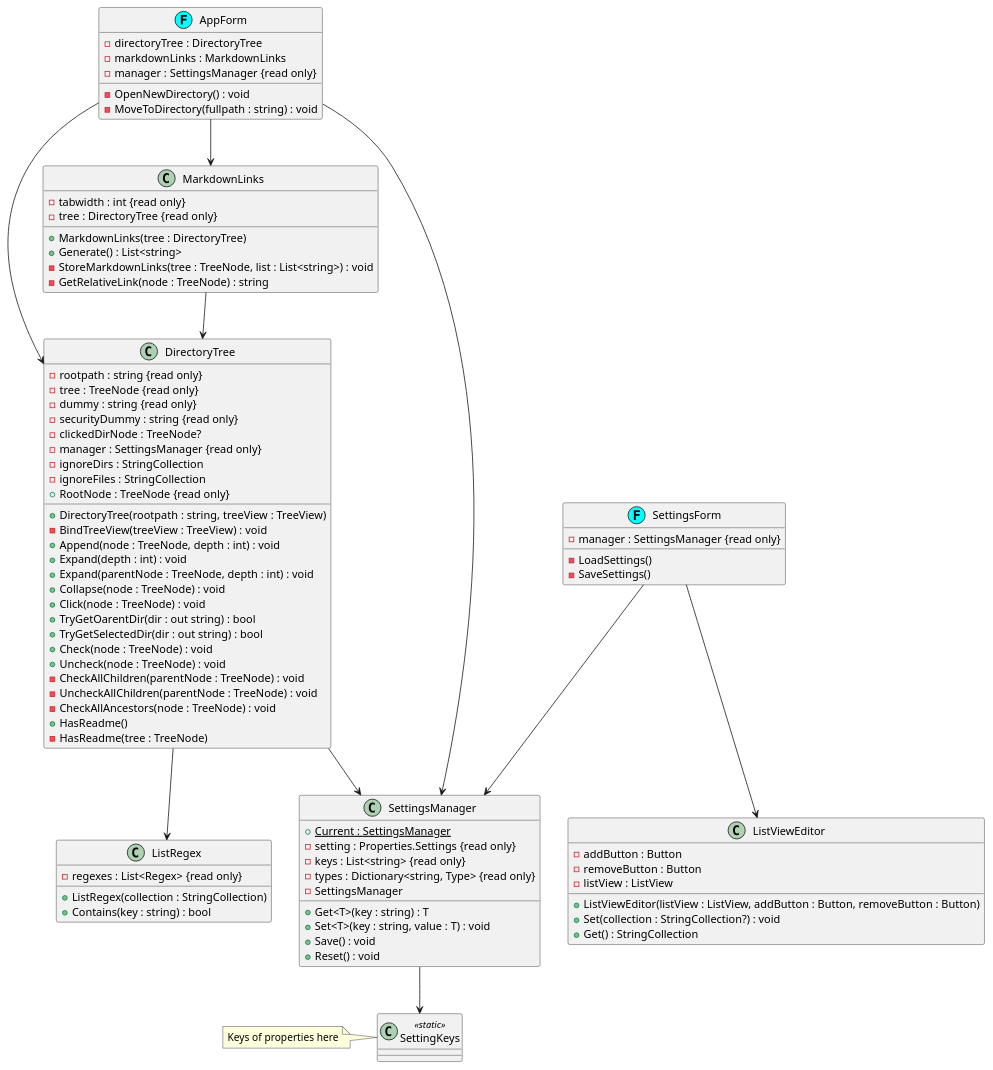
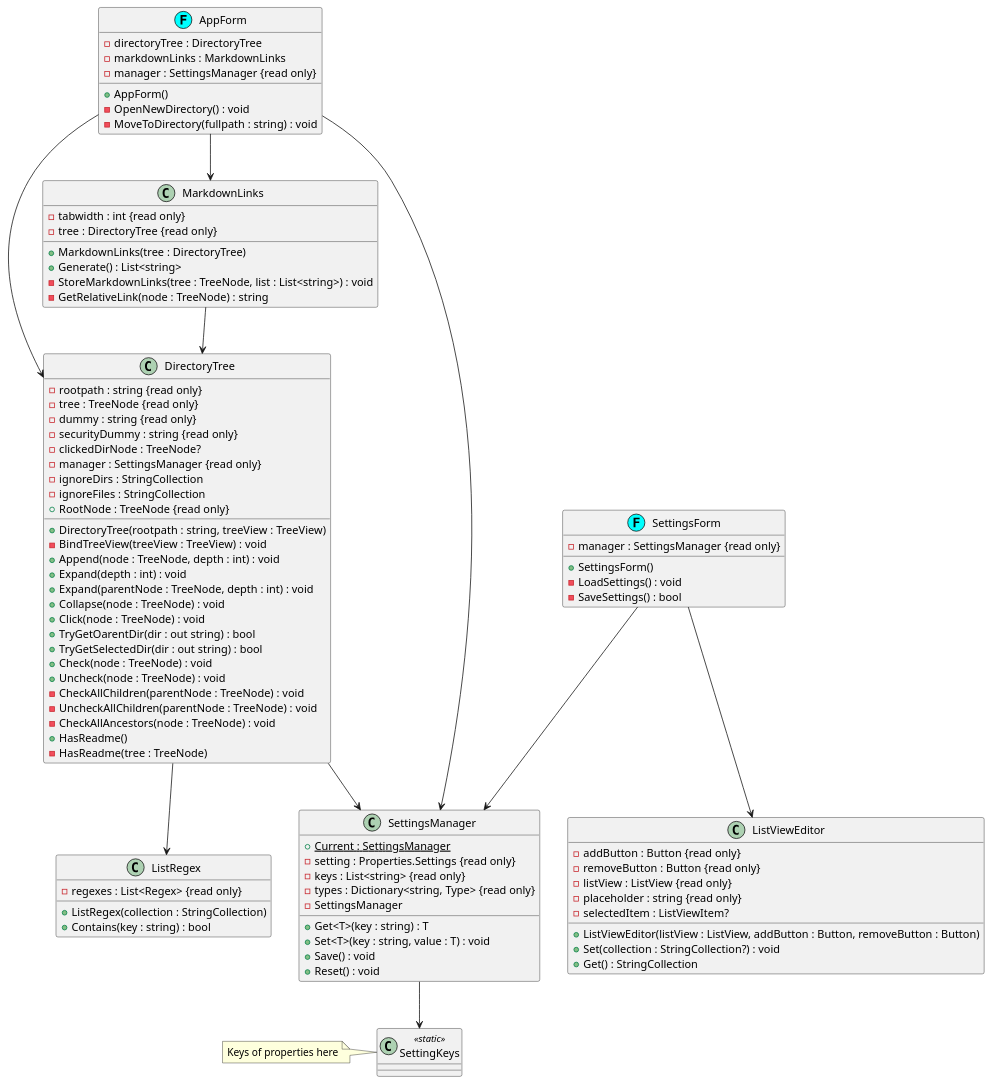
One commit to tatsuya19871219/DirectoryStructureToMarkdownLinks changed the diagram in uml/DirectoryStructureToMarkdownLinks.puml. Above: the diagram before and after it, drawn with PlantUML. The commit also changed other lines of this file and 1 other file, not shown here.

Commit message:
Edit UML

```diff
--- a/uml/DirectoryStructureToMarkdownLinks.puml
+++ b/uml/DirectoryStructureToMarkdownLinks.puml
@@ -1,127 +1,132 @@
 @startuml ClassDiagram
 class SettingKeys <<static>>
 {
 }
 note left of SettingKeys
     Keys of properties here
 end note
 
 SettingsManager --> SettingKeys
 class SettingsManager
 {
 '{static} - instance : SettingsManager
 {static} + Current : SettingsManager
 ' + this[key : string] : object as PropertyIndexer
 - setting : Properties.Settings {read only}
 - keys : List<string> {read only}
 - types : Dictionary<string, Type> {read only}
 - SettingsManager
 + Get<T>(key : string) : T
 + Set<T>(key : string, value : T) : void
 + Save() : void
 + Reset() : void
 }
 ' note left of SettingsManager::PropertyIndexer
 '     Indexer of property
 ' end note
 
 ' AppForm -up-|> Form
 ' SettingsForm -up-|> Form
 ' class Form << (F, #00ffff) >>
 ' {
 '     '
 ' }
 
 AppForm --> DirectoryTree
 AppForm --> MarkdownLinks
 AppForm --> SettingsManager
 class AppForm << (F, #00ffff) >>
 {
     - directoryTree : DirectoryTree
     - markdownLinks : MarkdownLinks
     - manager : SettingsManager {read only}
     '
+    + AppForm()
     - OpenNewDirectory() : void
     - MoveToDirectory(fullpath : string) : void
 
 }
 
 SettingsForm --> SettingsManager
 SettingsForm --> ListViewEditor
 class SettingsForm << (F, #00ffff) >>
 {
     - manager : SettingsManager {read only}
     '
-    - LoadSettings()
-    - SaveSettings()
+    + SettingsForm()
+    - LoadSettings() : void
+    - SaveSettings() : bool
 }
 
 DirectoryTree --> SettingsManager
 DirectoryTree --> ListRegex
 class DirectoryTree
 {
     - rootpath : string {read only}
     - tree : TreeNode {read only}
     - dummy : string {read only}
     - securityDummy : string {read only}
     - clickedDirNode : TreeNode?
     '
     - manager : SettingsManager {read only}
     '
     - ignoreDirs : StringCollection
     - ignoreFiles : StringCollection
     '
     + RootNode : TreeNode {read only}
     '
     + DirectoryTree(rootpath : string, treeView : TreeView)
     - BindTreeView(treeView : TreeView) : void
     + Append(node : TreeNode, depth : int) : void
     + Expand(depth : int) : void
     + Expand(parentNode : TreeNode, depth : int) : void
     + Collapse(node : TreeNode) : void
     + Click(node : TreeNode) : void
     + TryGetOarentDir(dir : out string) : bool
     + TryGetSelectedDir(dir : out string) : bool
     + Check(node : TreeNode) : void
     + Uncheck(node : TreeNode) : void
     - CheckAllChildren(parentNode : TreeNode) : void
     - UncheckAllChildren(parentNode : TreeNode) : void
     - CheckAllAncestors(node : TreeNode) : void
     + HasReadme()
     - HasReadme(tree : TreeNode)
 }
 
 MarkdownLinks --> DirectoryTree
 class MarkdownLinks
 {
     - tabwidth : int {read only}
     - tree : DirectoryTree {read only}
 
     + MarkdownLinks(tree : DirectoryTree)
     + Generate() : List<string>
     - StoreMarkdownLinks(tree : TreeNode, list : List<string>) : void
     - GetRelativeLink(node : TreeNode) : string
 }
 
 
 class ListViewEditor
 {
-    - addButton : Button
-    - removeButton : Button
-    - listView : ListView
+    - addButton : Button {read only}
+    - removeButton : Button {read only}
+    - listView : ListView {read only}
+    '
+    - placeholder : string {read only}
+    - selectedItem : ListViewItem?
     '
     + ListViewEditor(listView : ListView, addButton : Button, removeButton : Button)
     + Set(collection : StringCollection?) : void
     + Get() : StringCollection
 }
 
 
 class ListRegex
 {
     - regexes : List<Regex> {read only}
 
     + ListRegex(collection : StringCollection)
     + Contains(key : string) : bool
 }
 
 @enduml
```
